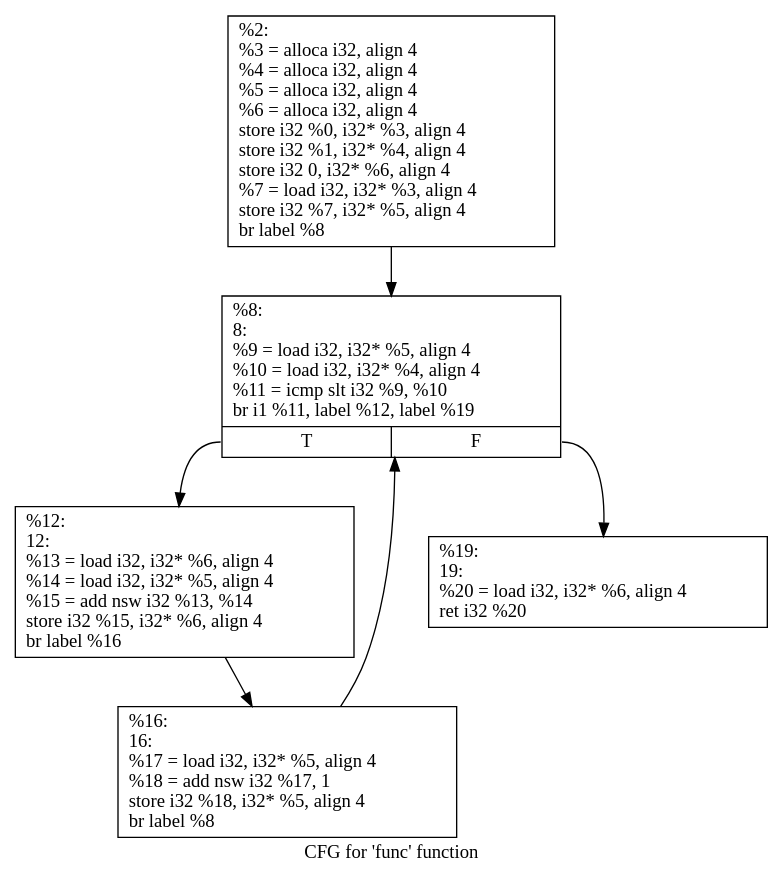
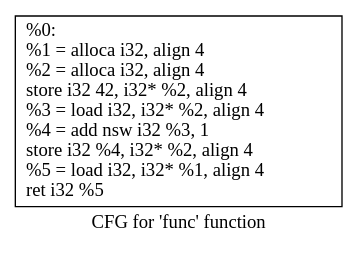
One commit to angelaclan/CSA changed the diagram in PartieAnalyseStatique/example/cfg.dot. Above: the diagram before and after it, drawn with Graphviz. The commit also changed 6 other files, not shown here.

```diff
--- a/PartieAnalyseStatique/example/cfg.dot
+++ b/PartieAnalyseStatique/example/cfg.dot
@@ -1,14 +1,5 @@
 digraph "CFG for 'func' function" {
 	label="CFG for 'func' function";
 
-	Node0x15962a0 [shape=record,label="{%2:\l  %3 = alloca i32, align 4\l  %4 = alloca i32, align 4\l  %5 = alloca i32, align 4\l  %6 = alloca i32, align 4\l  store i32 %0, i32* %3, align 4\l  store i32 %1, i32* %4, align 4\l  store i32 0, i32* %6, align 4\l  %7 = load i32, i32* %3, align 4\l  store i32 %7, i32* %5, align 4\l  br label %8\l}"];
-	Node0x15962a0 -> Node0x15962f0;
-	Node0x15962f0 [shape=record,label="{%8:\l8:                                                \l  %9 = load i32, i32* %5, align 4\l  %10 = load i32, i32* %4, align 4\l  %11 = icmp slt i32 %9, %10\l  br i1 %11, label %12, label %19\l|{<s0>T|<s1>F}}"];
-	Node0x15962f0:s0 -> Node0x1596340;
-	Node0x15962f0:s1 -> Node0x15963e0;
-	Node0x1596340 [shape=record,label="{%12:\l12:                                               \l  %13 = load i32, i32* %6, align 4\l  %14 = load i32, i32* %5, align 4\l  %15 = add nsw i32 %13, %14\l  store i32 %15, i32* %6, align 4\l  br label %16\l}"];
-	Node0x1596340 -> Node0x1596390;
-	Node0x1596390 [shape=record,label="{%16:\l16:                                               \l  %17 = load i32, i32* %5, align 4\l  %18 = add nsw i32 %17, 1\l  store i32 %18, i32* %5, align 4\l  br label %8\l}"];
-	Node0x1596390 -> Node0x15962f0;
-	Node0x15963e0 [shape=record,label="{%19:\l19:                                               \l  %20 = load i32, i32* %6, align 4\l  ret i32 %20\l}"];
+	Node0x1c9a050 [shape=record,label="{%0:\l  %1 = alloca i32, align 4\l  %2 = alloca i32, align 4\l  store i32 42, i32* %2, align 4\l  %3 = load i32, i32* %2, align 4\l  %4 = add nsw i32 %3, 1\l  store i32 %4, i32* %2, align 4\l  %5 = load i32, i32* %1, align 4\l  ret i32 %5\l}"];
 }
```
